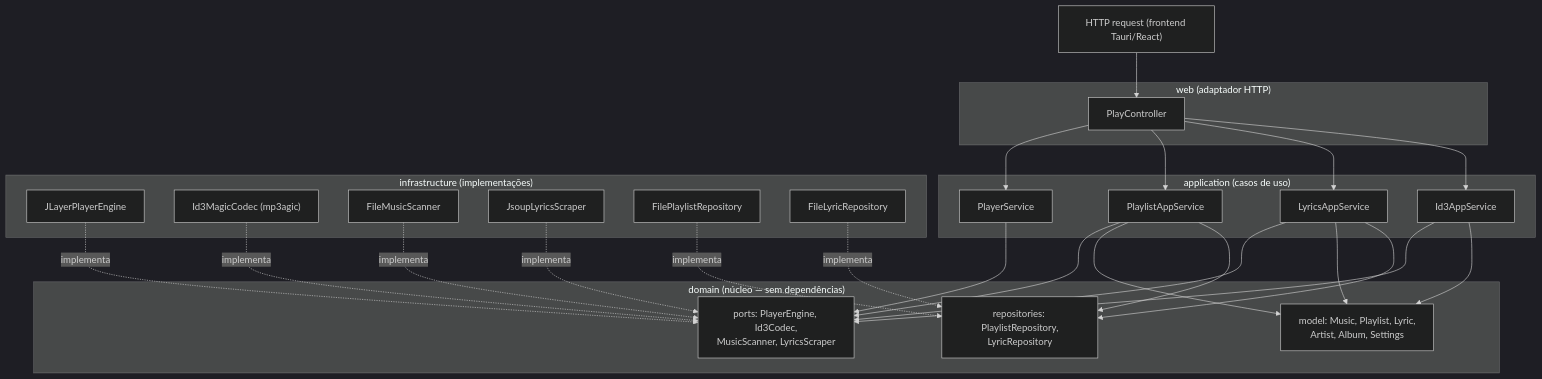
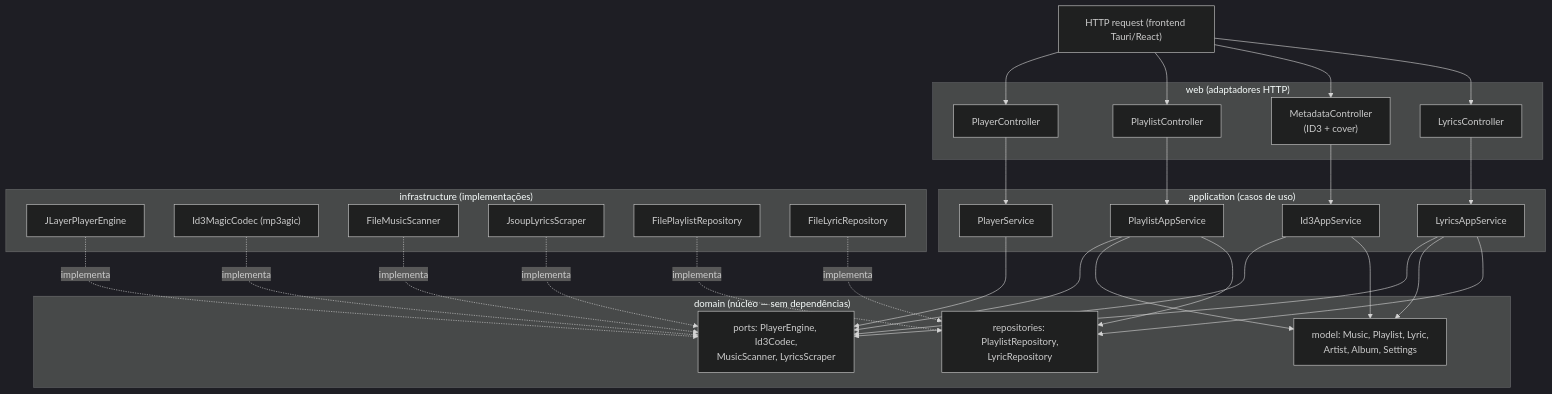
The first of 7 diagrams in docs/architecture.md (jpontesmartins/mp3-player), drawn with Mermaid (dark theme) before and after one commit. The commit also changed other lines of this file and 10 other files, not shown here.

````diff
--- a/docs/architecture.md
+++ b/docs/architecture.md
@@ -19,47 +19,56 @@
 ```mermaid
 flowchart TD
-    subgraph Web["web (adaptador HTTP)"]
-        C["PlayController"]
+    subgraph Web["web (adaptadores HTTP)"]
+        PC["PlayerController"]
+        PLC["PlaylistController"]
+        MC["MetadataController<br/>(ID3 + cover)"]
+        LC["LyricsController"]
     end
 
     subgraph Application["application (casos de uso)"]
         PS["PlayerService"]
         PL["PlaylistAppService"]
         LY["LyricsAppService"]
         ID["Id3AppService"]
     end
 
     subgraph Domain["domain (núcleo — sem dependências)"]
         PORTS["ports: PlayerEngine, Id3Codec,<br/>MusicScanner, LyricsScraper"]
         REPOS["repositories: PlaylistRepository,<br/>LyricRepository"]
         MODEL["model: Music, Playlist, Lyric,<br/>Artist, Album, Settings"]
     end
 
     subgraph Infra["infrastructure (implementações)"]
         ENGINE["JLayerPlayerEngine"]
         CODEC["Id3MagicCodec (mp3agic)"]
         SCAN["FileMusicScanner"]
         SCRAP["JsoupLyricsScraper"]
         PREPO["FilePlaylistRepository"]
         LREPO["FileLyricRepository"]
     end
 
-    Request["HTTP request (frontend Tauri/React)"] --> C
-    C --> PS & PL & LY & ID
+    Request["HTTP request (frontend Tauri/React)"] --> PC
+    Request --> PLC
+    Request --> MC
+    Request --> LC
+    PC --> PS
+    PLC --> PL
+    MC --> ID
+    LC --> LY
     PS --> PORTS
     PL --> PORTS
     LY --> PORTS
     ID --> PORTS
     PL --> MODEL
     ID --> MODEL
     LY --> MODEL
     PL --> REPOS
     LY --> REPOS
 
     ENGINE -. implementa .-> PORTS
     CODEC -. implementa .-> PORTS
     SCAN -. implementa .-> PORTS
     SCRAP -. implementa .-> PORTS
     PREPO -. implementa .-> REPOS
     LREPO -. implementa .-> REPOS
 ```
````
